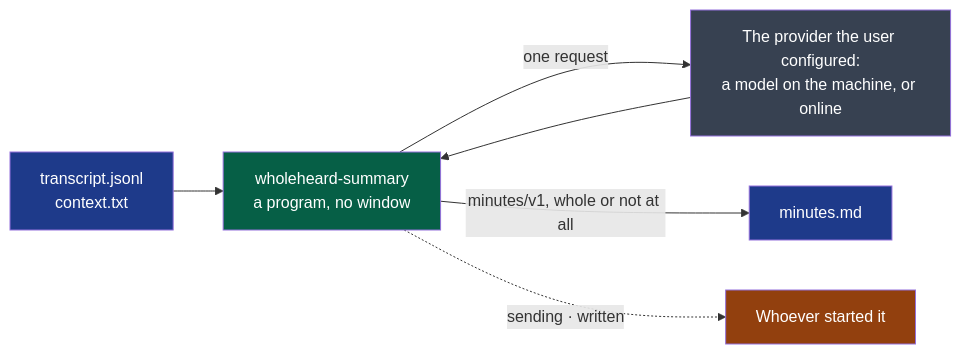
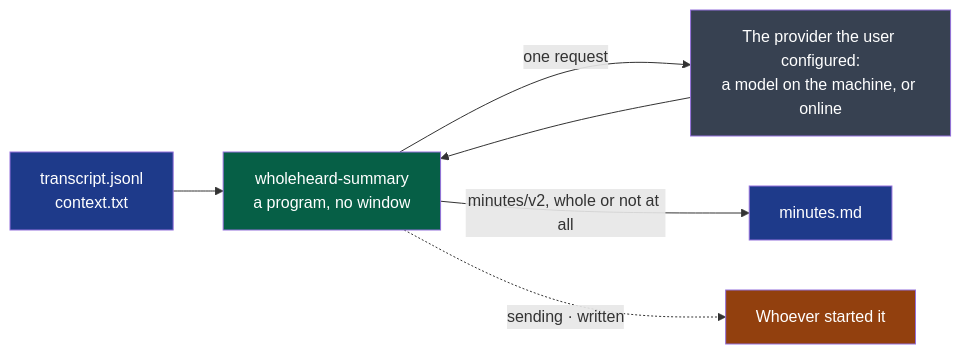
One commit to NapkinStack/wholeheard changed the diagram in modules/summary/README.md. Above: the diagram before and after it, drawn with Mermaid. The commit also changed other lines of this file and 7 other files, not shown here.

````diff
--- a/modules/summary/README.md
+++ b/modules/summary/README.md
@@ -9,13 +9,13 @@
 ```mermaid
 flowchart LR
     T["transcript.jsonl<br/>context.txt"]:::file --> P["wholeheard-summary<br/>a program, no window"]:::mod
     P -->|"one request"| V["The provider the user configured:<br/>a model on the machine, or online"]:::ext
     V --> P
-    P -->|"minutes/v1, whole or not at all"| M["minutes.md"]:::file
+    P -->|"minutes/v2, whole or not at all"| M["minutes.md"]:::file
     P -.->|"sending · written"| W["Whoever started it"]:::user
 
     classDef file fill:#1e3a8a,color:#fff
     classDef mod fill:#065f46,color:#fff
     classDef ext fill:#374151,color:#fff
     classDef user fill:#92400e,color:#fff
 ```
````
